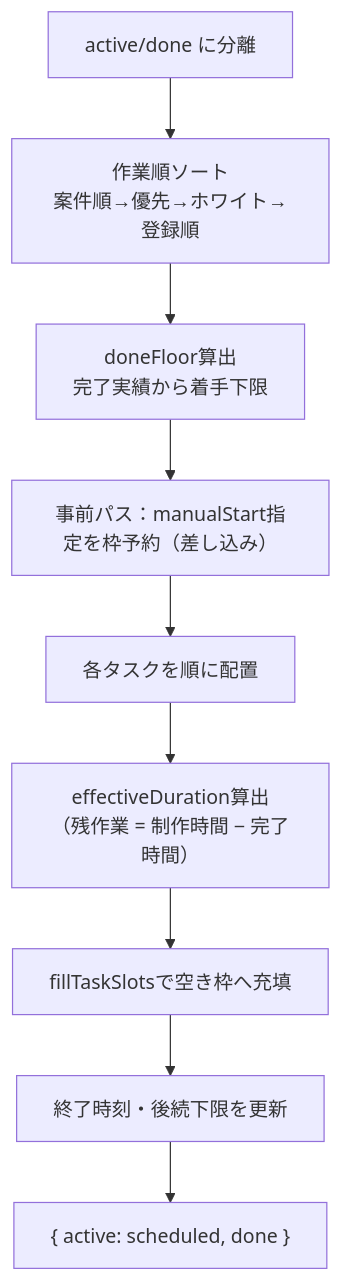
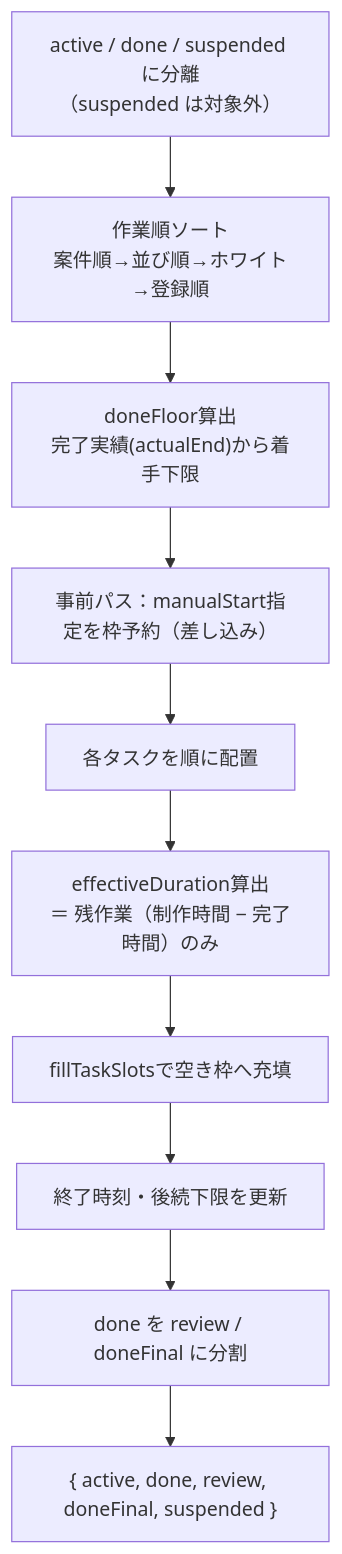
One commit to NAKAMUAR/koutei-zu changed the first of 6 diagrams in docs/04_詳細設計書.md. Above: the diagram before and after it, drawn with Mermaid. The commit also changed other lines of this file and 5 other files, not shown here.

````diff
--- a/docs/04_詳細設計書.md
+++ b/docs/04_詳細設計書.md
@@ -90,11 +152,12 @@
 ```mermaid
 flowchart TD
-    A["active/done に分離"] --> B["作業順ソート<br/>案件順→優先→ホワイト→登録順"]
-    B --> C["doneFloor算出<br/>完了実績から着手下限"]
+    A["active / done / suspended に分離<br/>（suspended は対象外）"] --> B["作業順ソート<br/>案件順→並び順→ホワイト→登録順"]
+    B --> C["doneFloor算出<br/>完了実績(actualEnd)から着手下限"]
     C --> D["事前パス：manualStart指定を枠予約（差し込み）"]
     D --> E["各タスクを順に配置"]
-    E --> F["effectiveDuration算出<br/>（残作業 = 制作時間 − 完了時間）"]
+    E --> F["effectiveDuration算出<br/>＝ 残作業（制作時間 − 完了時間）のみ"]
     F --> G["fillTaskSlotsで空き枠へ充填"]
     G --> H["終了時刻・後続下限を更新"]
-    H --> I["{ active: scheduled, done }"]
+    H --> I["done を review / doneFinal に分割"]
+    I --> J["{ active, done, review, doneFinal, suspended }"]
 ```
````
